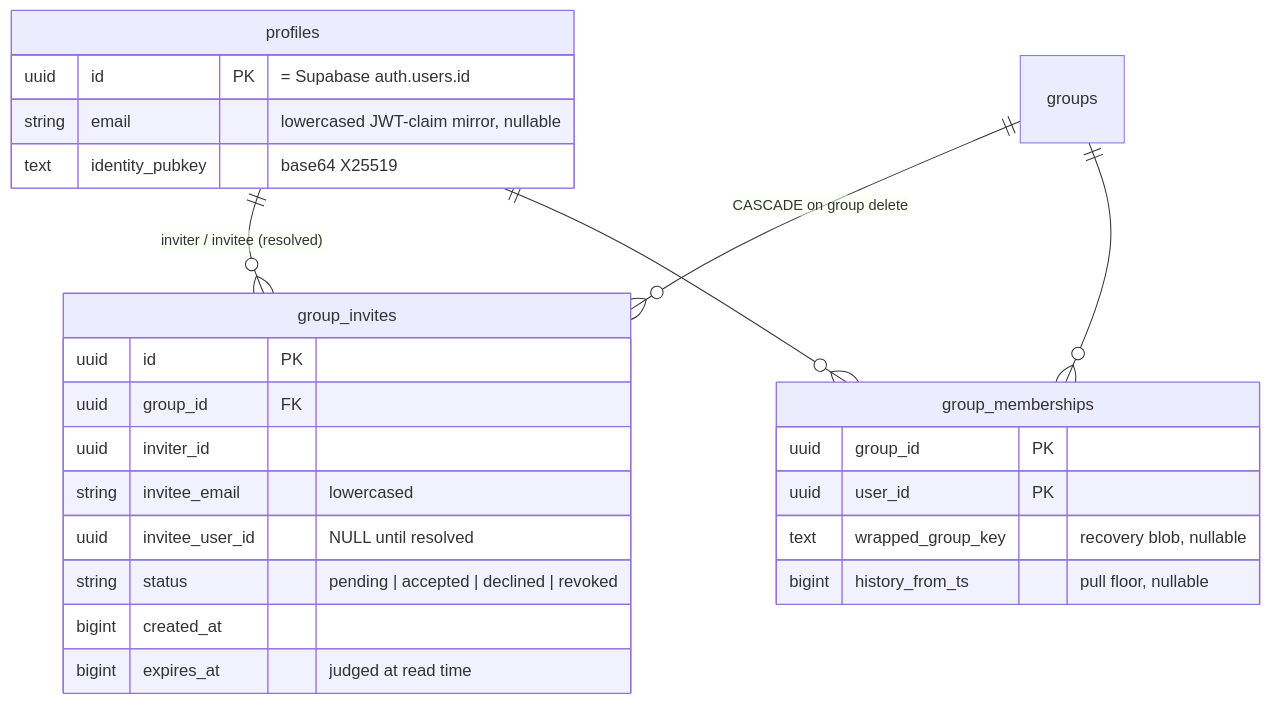
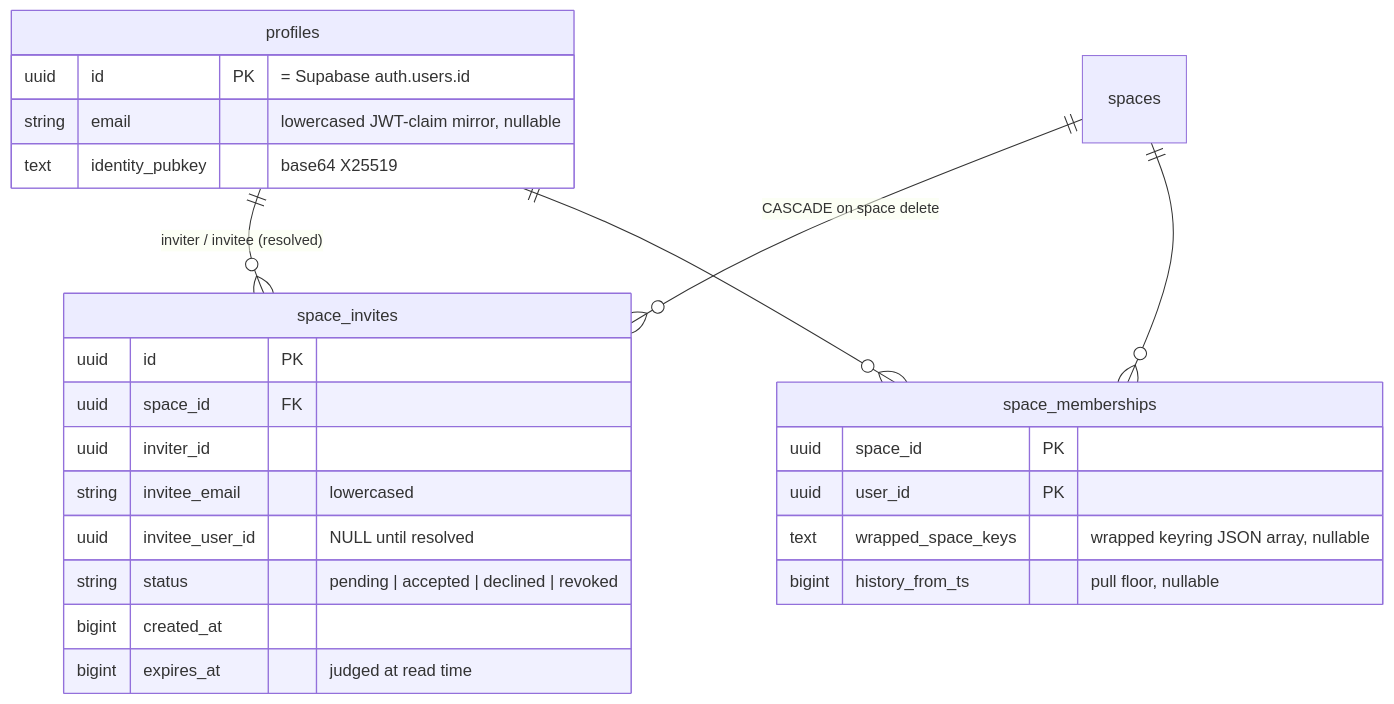
One commit to NotRover/RoverTools-Orange-Copy-Paste-Backend changed the first of 3 diagrams in docs/ARCHITECTURE.md. Above: the diagram before and after it, drawn with Mermaid. The commit also changed other lines of this file and 21 other files, not shown here.

First line of the commit message:
feat(spaces): fold groups and live share into one space primitive

````diff
--- a/docs/ARCHITECTURE.md
+++ b/docs/ARCHITECTURE.md
@@ -344,28 +391,28 @@
 ```mermaid
 erDiagram
-    profiles ||--o{ group_invites : "inviter / invitee (resolved)"
-    groups ||--o{ group_invites : "CASCADE on group delete"
-    groups ||--o{ group_memberships : ""
-    profiles ||--o{ group_memberships : ""
+    profiles ||--o{ space_invites : "inviter / invitee (resolved)"
+    spaces ||--o{ space_invites : "CASCADE on space delete"
+    spaces ||--o{ space_memberships : ""
+    profiles ||--o{ space_memberships : ""
     profiles {
         uuid id PK "= Supabase auth.users.id"
         string email "lowercased JWT-claim mirror, nullable"
         text identity_pubkey "base64 X25519"
     }
-    group_invites {
+    space_invites {
         uuid id PK
-        uuid group_id FK
+        uuid space_id FK
         uuid inviter_id
         string invitee_email "lowercased"
         uuid invitee_user_id "NULL until resolved"
         string status "pending | accepted | declined | revoked"
         bigint created_at
         bigint expires_at "judged at read time"
     }
-    group_memberships {
-        uuid group_id PK
+    space_memberships {
+        uuid space_id PK
         uuid user_id PK
-        text wrapped_group_key "recovery blob, nullable"
+        text wrapped_space_keys "wrapped keyring JSON array, nullable"
         bigint history_from_ts "pull floor, nullable"
     }
 ```
````
